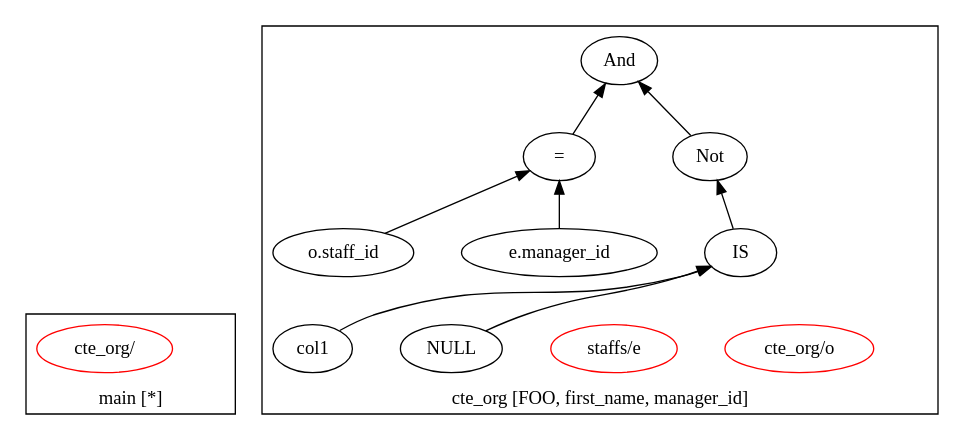
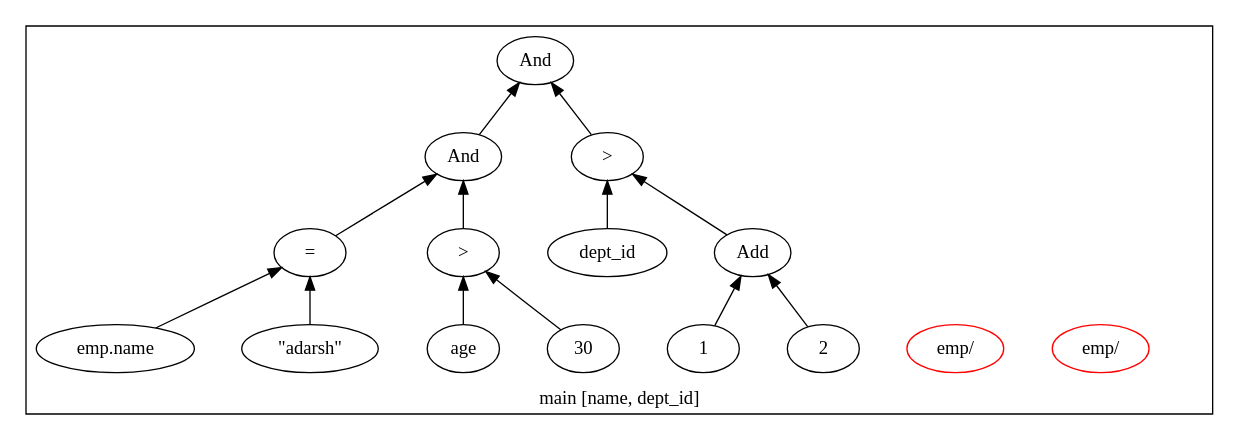
One commit to adarshpannu/kona changed the diagram in qgm.dot. Above: the diagram before and after it, drawn with Graphviz. The commit also changed 10 other files, not shown here.

```diff
--- a/qgm.dot
+++ b/qgm.dot
@@ -1,31 +1,36 @@
 digraph example1 {
     rankdir=BT;
     nodesep=0.5;
     ordering="in";
   subgraph cluster_main {
-    label = "main [*]";
+    label = "main [name, dept_id]";
     "main_pt"[shape=point, color=white];
-    "QUN_3"[label="cte_org/ ", color=red]
-}
-  subgraph cluster_cte_org {
-    label = "cte_org [FOO, first_name, manager_id]";
-    "cte_org_pt"[shape=point, color=white];
-    "QUN_1"[label="cte_org/o ", color=red]
-    "QUN_0"[label="staffs/e ", color=red]
-    exprnodeNodeId11v1[label="And"];
-    exprnodeNodeId6v1 -> exprnodeNodeId11v1;
-    exprnodeNodeId6v1[label="="];
-    exprnodeNodeId4v1 -> exprnodeNodeId6v1;
-    exprnodeNodeId4v1[label="o.staff_id"];
-    exprnodeNodeId5v1 -> exprnodeNodeId6v1;
-    exprnodeNodeId5v1[label="e.manager_id"];
-    exprnodeNodeId10v1 -> exprnodeNodeId11v1;
-    exprnodeNodeId10v1[label="Not"];
-    exprnodeNodeId9v1 -> exprnodeNodeId10v1;
-    exprnodeNodeId9v1[label="IS"];
-    exprnodeNodeId7v1 -> exprnodeNodeId9v1;
-    exprnodeNodeId7v1[label="col1"];
+    "QUN_1"[label="emp/ ", color=red]
+    "QUN_0"[label="emp/ ", color=red]
+    exprnodeNodeId15v1[label="And"];
+    exprnodeNodeId9v1 -> exprnodeNodeId15v1;
+    exprnodeNodeId9v1[label="And"];
+    exprnodeNodeId5v1 -> exprnodeNodeId9v1;
+    exprnodeNodeId5v1[label="="];
+    exprnodeNodeId3v1 -> exprnodeNodeId5v1;
+    exprnodeNodeId3v1[label="emp.name"];
+    exprnodeNodeId4v1 -> exprnodeNodeId5v1;
+    exprnodeNodeId4v1[label="\"adarsh\""];
     exprnodeNodeId8v1 -> exprnodeNodeId9v1;
-    exprnodeNodeId8v1[label="NULL"];
+    exprnodeNodeId8v1[label=">"];
+    exprnodeNodeId6v1 -> exprnodeNodeId8v1;
+    exprnodeNodeId6v1[label="age"];
+    exprnodeNodeId7v1 -> exprnodeNodeId8v1;
+    exprnodeNodeId7v1[label="30"];
+    exprnodeNodeId14v1 -> exprnodeNodeId15v1;
+    exprnodeNodeId14v1[label=">"];
+    exprnodeNodeId10v1 -> exprnodeNodeId14v1;
+    exprnodeNodeId10v1[label="dept_id"];
+    exprnodeNodeId13v1 -> exprnodeNodeId14v1;
+    exprnodeNodeId13v1[label="Add"];
+    exprnodeNodeId11v1 -> exprnodeNodeId13v1;
+    exprnodeNodeId11v1[label="1"];
+    exprnodeNodeId12v1 -> exprnodeNodeId13v1;
+    exprnodeNodeId12v1[label="2"];
 }
 }
```
